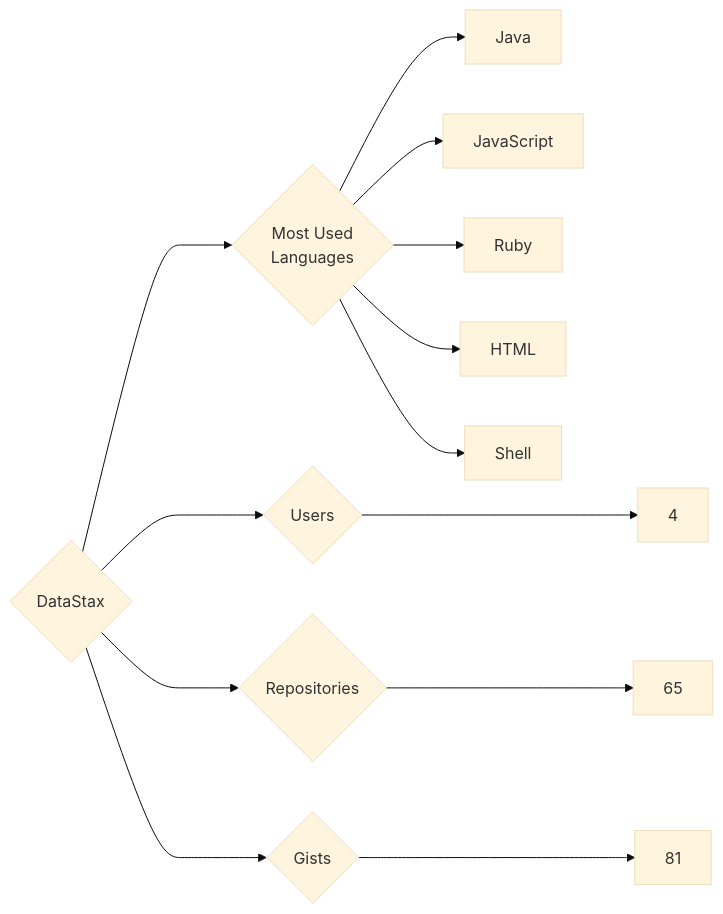
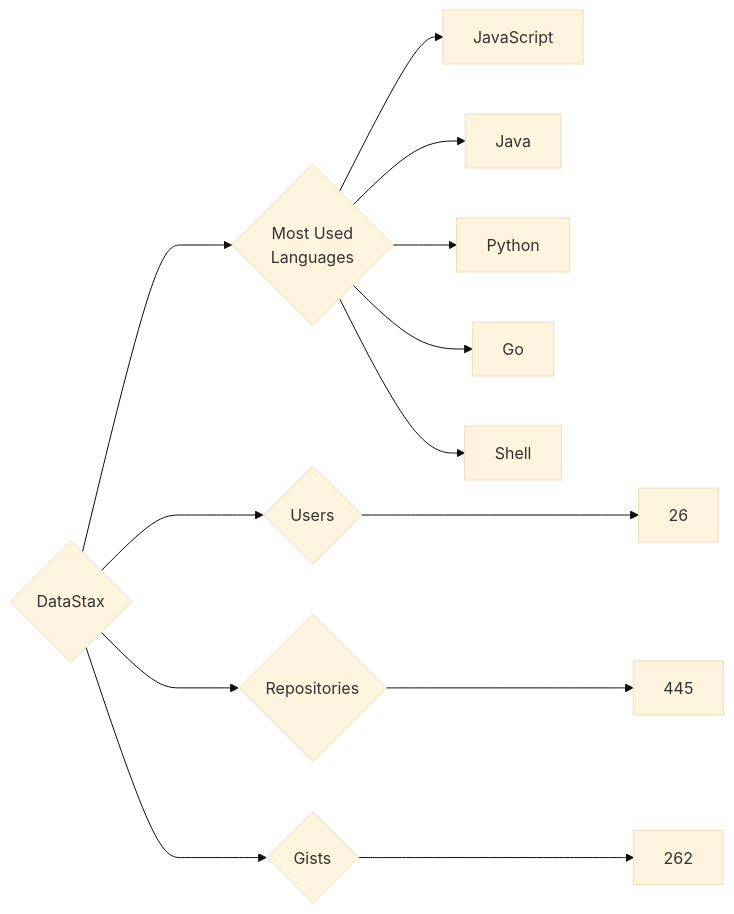
Before and after one commit to trickest/insiders: the diagram in targets/DataStax/README.md, drawn with Mermaid (base theme). The commit also changed 861 other files, not shown here.

````diff
--- a/targets/DataStax/README.md
+++ b/targets/DataStax/README.md
@@ -3,13 +3,13 @@
 ```mermaid
 graph LR
 COMPANY_NAME{DataStax}
-COMPANY_NAME ---> U{Users} ---> UN[4]
-COMPANY_NAME ---> R{Repositories} ---> RN[65]
-COMPANY_NAME ---> G{Gists} ---> GN[81]
+COMPANY_NAME ---> U{Users} ---> UN[26]
+COMPANY_NAME ---> R{Repositories} ---> RN[445]
+COMPANY_NAME ---> G{Gists} ---> GN[262]
 COMPANY_NAME ---> ML{Most Used<br>Languages}
+ML --> JavaScript[JavaScript]
 ML --> Java[Java]
-ML --> JavaScript[JavaScript]
-ML --> Ruby[Ruby]
-ML --> HTML[HTML]
+ML --> Python[Python]
+ML --> Go[Go]
 ML --> Shell[Shell]
 ```
````
